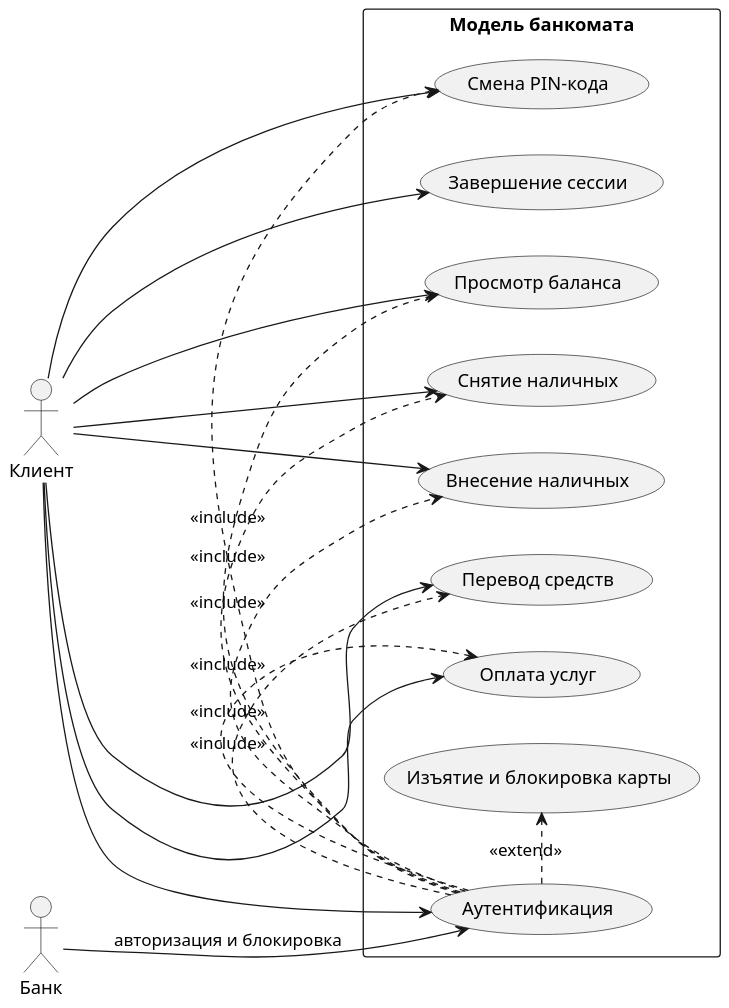
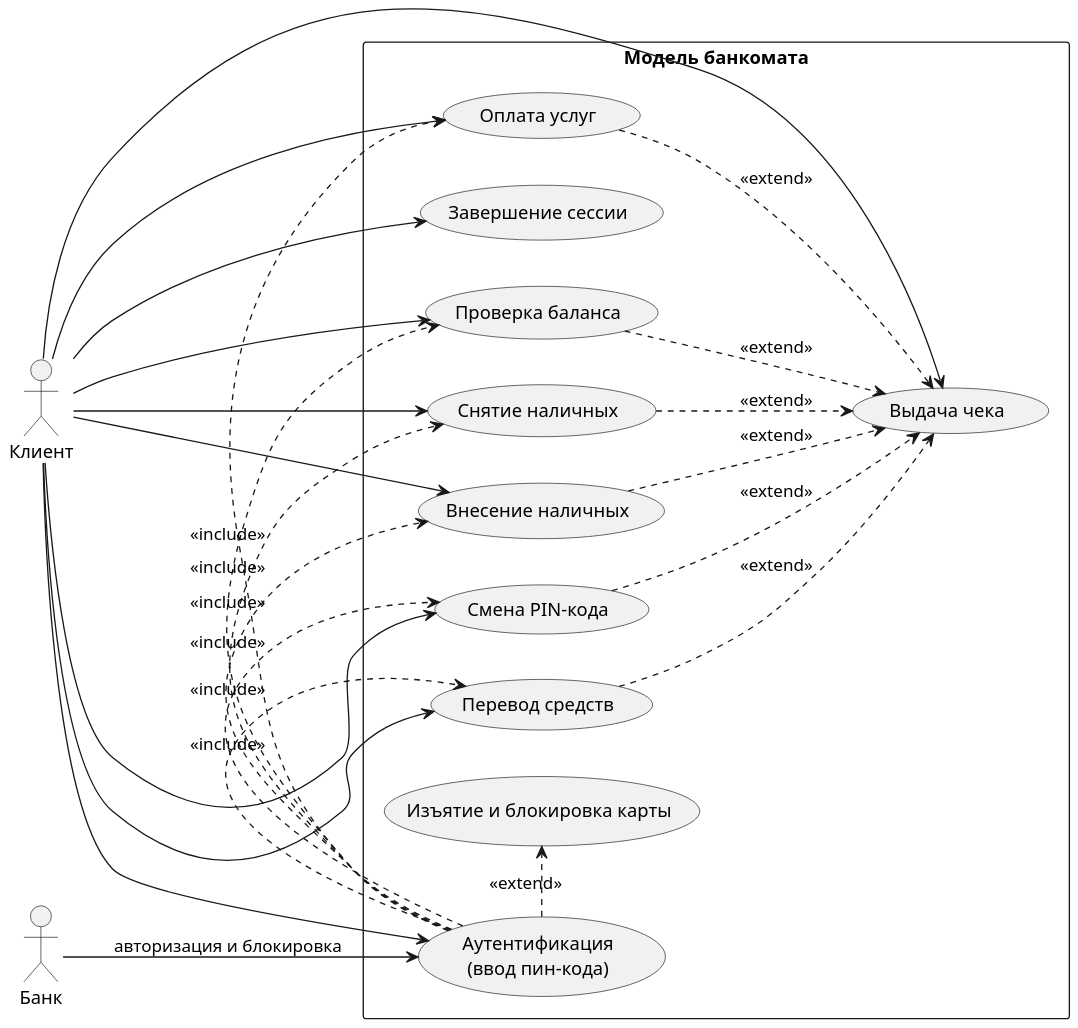
Before and after one commit to vodo4kin/PPOIS_2sem: the diagram in labs/lab_1/ATM/uml/ATM_Client_UseCases.puml, drawn with PlantUML. The commit also changed 10 other files, not shown here.

```diff
--- a/labs/lab_1/ATM/uml/ATM_Client_UseCases.puml
+++ b/labs/lab_1/ATM/uml/ATM_Client_UseCases.puml
@@ -1,45 +1,54 @@
 @startuml ATM_Client_UseCases
 skinparam monochrome true
 skinparam shadowing false
 skinparam dpi 150
 
 left to right direction
 
 actor "Клиент" as Client
 actor "Банк" as Bank
 
 rectangle "Модель банкомата" {
 
-    usecase "Аутентификация" as Auth
-    usecase "Просмотр баланса" as Balance
+    usecase "Аутентификация\n(ввод пин-кода)" as Auth
+    usecase "Проверка баланса" as Balance
     usecase "Снятие наличных" as Withdraw
     usecase "Внесение наличных" as Deposit
     usecase "Перевод средств" as Transfer
     usecase "Оплата услуг" as Payment
     usecase "Смена PIN-кода" as ChangePIN
+    usecase "Выдача чека" as Receipt
     usecase "Завершение сессии" as Logout
 
     usecase "Изъятие и блокировка карты" as RetainBlock
 }
 
 Client --> Auth
 Client --> Balance
 Client --> Withdraw
 Client --> Deposit
 Client --> Transfer
 Client --> Payment
 Client --> ChangePIN
+Client --> Receipt
 Client --> Logout
 
 Auth .> Balance   : <<include>>
 Auth .> Withdraw  : <<include>>
 Auth .> Deposit   : <<include>>
 Auth .> Transfer  : <<include>>
 Auth .> Payment   : <<include>>
 Auth .> ChangePIN : <<include>>
 
+Balance ..> Receipt : <<extend>>
+Withdraw ..> Receipt : <<extend>>
+Deposit ..> Receipt : <<extend>>
+Transfer ..> Receipt : <<extend>>
+Payment ..> Receipt : <<extend>>
+ChangePIN ..> Receipt : <<extend>>
+
 Auth .> RetainBlock : <<extend>>
 
 Bank --> Auth : авторизация и блокировка
 
 @enduml
```
